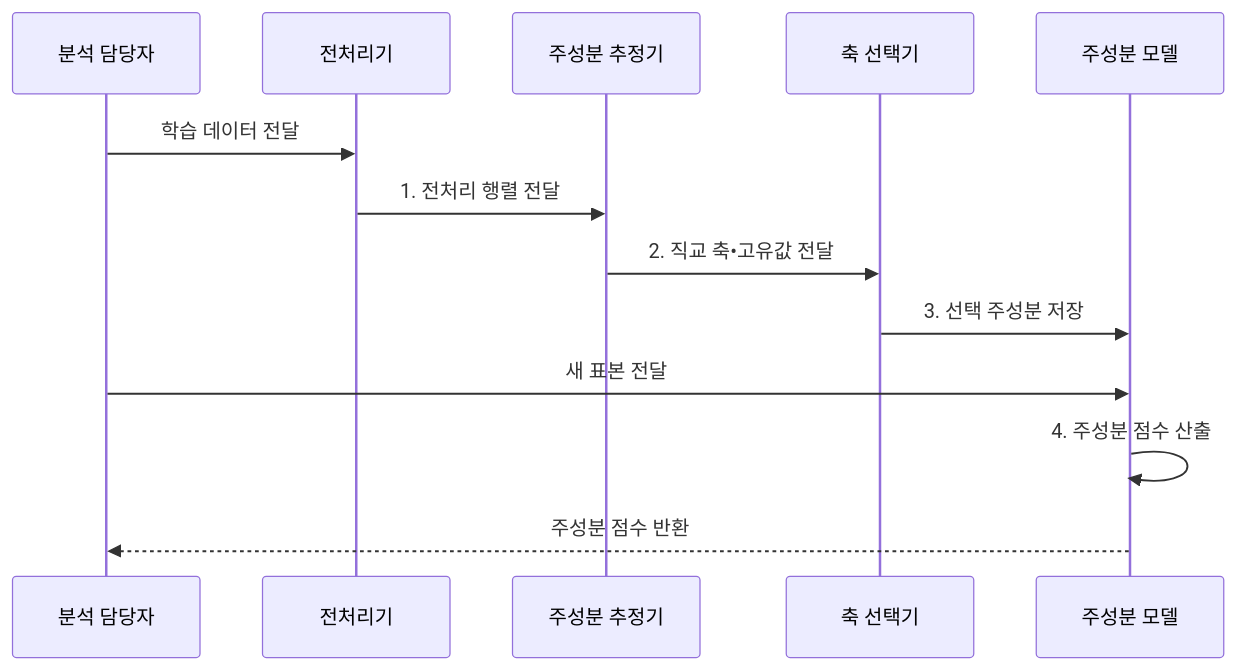
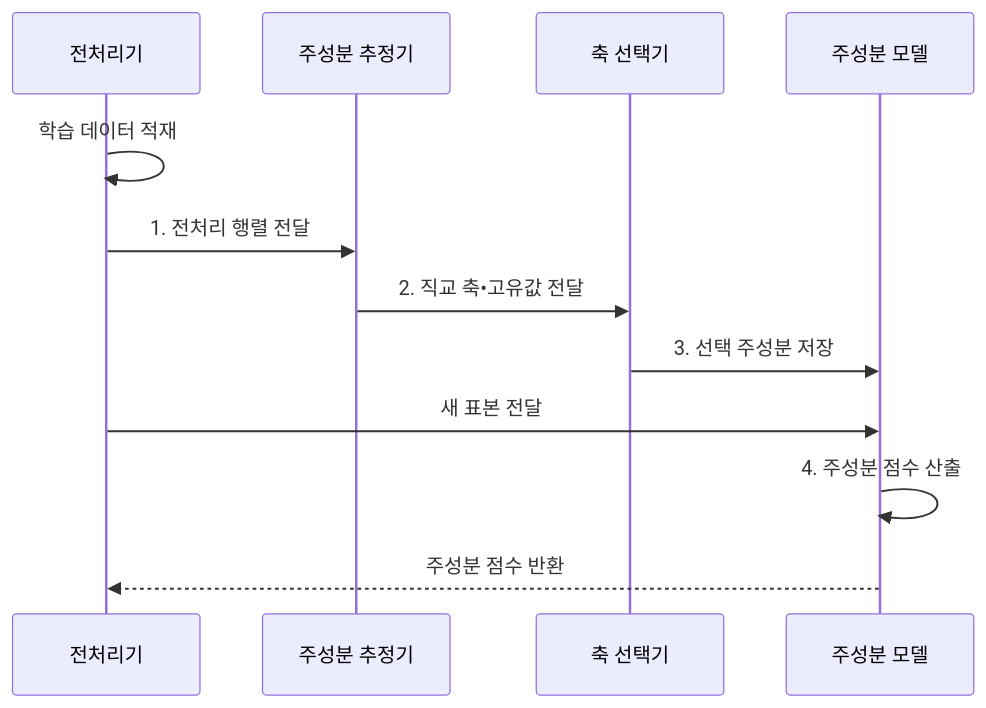
The second of 2 diagrams in src/content/docs/notes/01-basic-theory/036_pca.md (agnusdei1207/knowledge-base), drawn with Mermaid before and after one commit. The commit also changed 4 other files, not shown here.

Commit message:
Simplify statistical learning flows

````diff
--- a/src/content/docs/notes/01-basic-theory/036_pca.md
+++ b/src/content/docs/notes/01-basic-theory/036_pca.md
@@ -94,15 +94,14 @@
 ```mermaid
 sequenceDiagram
-    participant A as 분석 담당자
     participant T as 전처리기
     participant E as 주성분 추정기
     participant K as 축 선택기
     participant M as 주성분 모델
-    A->>T: 학습 데이터 전달
+    T->>T: 학습 데이터 적재
     T->>E: 1. 전처리 행렬 전달
     E->>K: 2. 직교 축•고유값 전달
     K->>M: 3. 선택 주성분 저장
-    A->>M: 새 표본 전달
+    T->>M: 새 표본 전달
     M->>M: 4. 주성분 점수 산출
-    M-->>A: 주성분 점수 반환
+    M-->>T: 주성분 점수 반환
 ```
````
